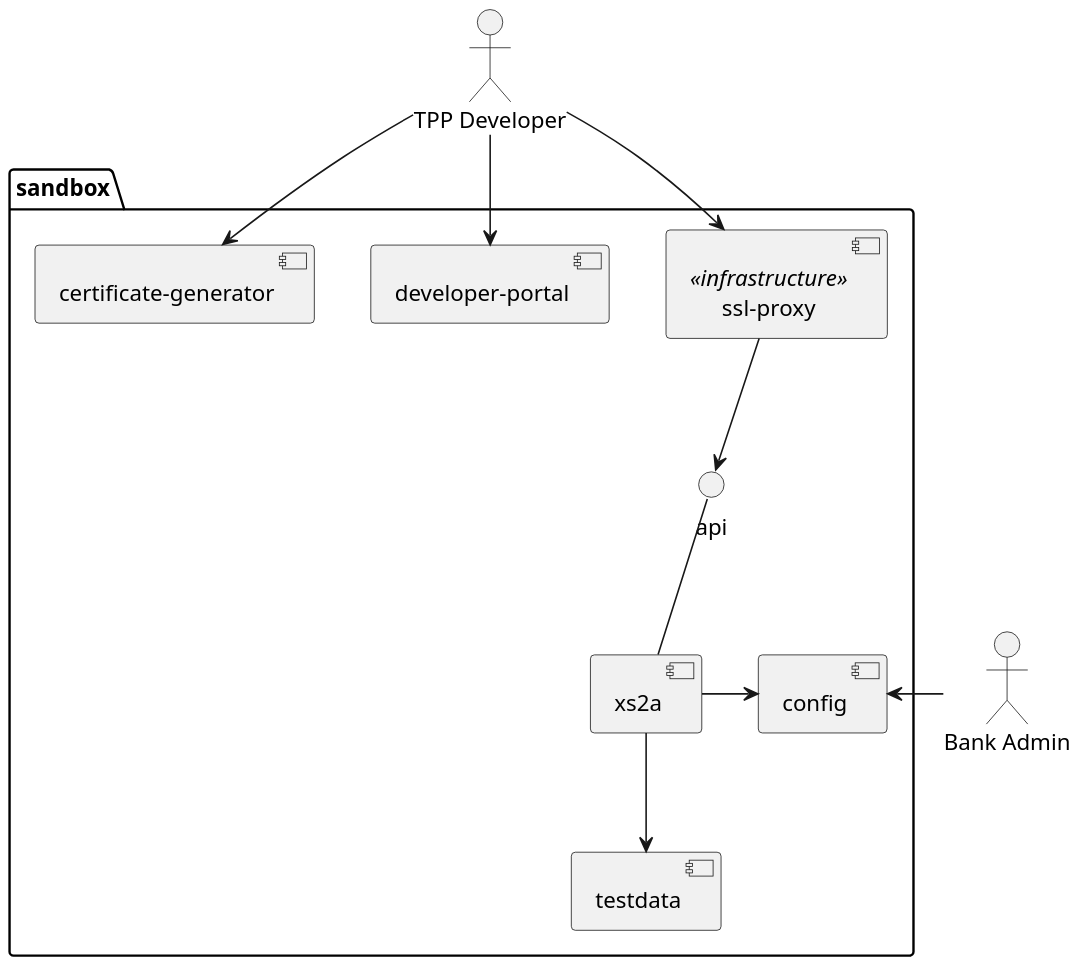
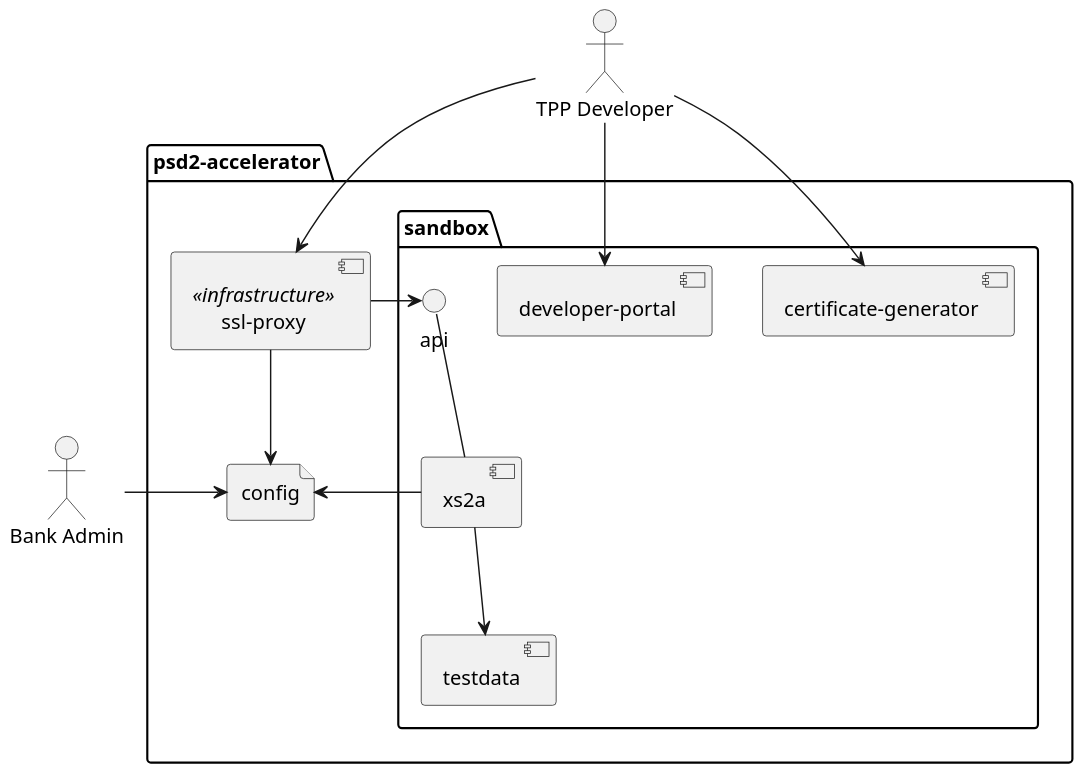
One commit to adorsys/psd2-accelerator changed the diagram in arc42/diagrams/whitebox-1.puml. Above: the diagram before and after it, drawn with PlantUML. The commit also changed 46 other files, not shown here.

First line of the commit message:
Rebrand PSD2 Sandbox -> PSD2 Accelerator

```diff
--- a/arc42/diagrams/whitebox-1.puml
+++ b/arc42/diagrams/whitebox-1.puml
@@ -1,25 +1,36 @@
 @startuml whitebox-1
 
 skinparam shadowing false
 scale 1200 width
 
 actor "Bank Admin" as badmin
 actor "TPP Developer" as tppd
 
-package sandbox {
+package psd2-accelerator {
+  file config
 
   [ssl-proxy] <<infrastructure>>
 
-  [xs2a] --> [testdata]
-  [config] <- badmin
-  [xs2a] -> [config]
+  badmin -> [config]
+  [ssl-proxy] -> config
 
-  () api -- [xs2a]
-  tppd --> [ssl-proxy]
-  [ssl-proxy] --> api
-  tppd --> [developer-portal]
-  tppd --> [certificate-generator]
+  package sandbox {
+
+    [ssl-proxy] -> () api
+
+    [xs2a] --> [testdata]
+    [xs2a] -> [config]
+
+    tppd --> [ssl-proxy]
+
+    () api -- [xs2a]
+    api -[hidden] [certificate-generator]
+    api -[hidden] [developer-portal]
+
+    tppd --> [developer-portal]
+    tppd --> [certificate-generator]
+  }
 
 }
 
 @enduml
```
